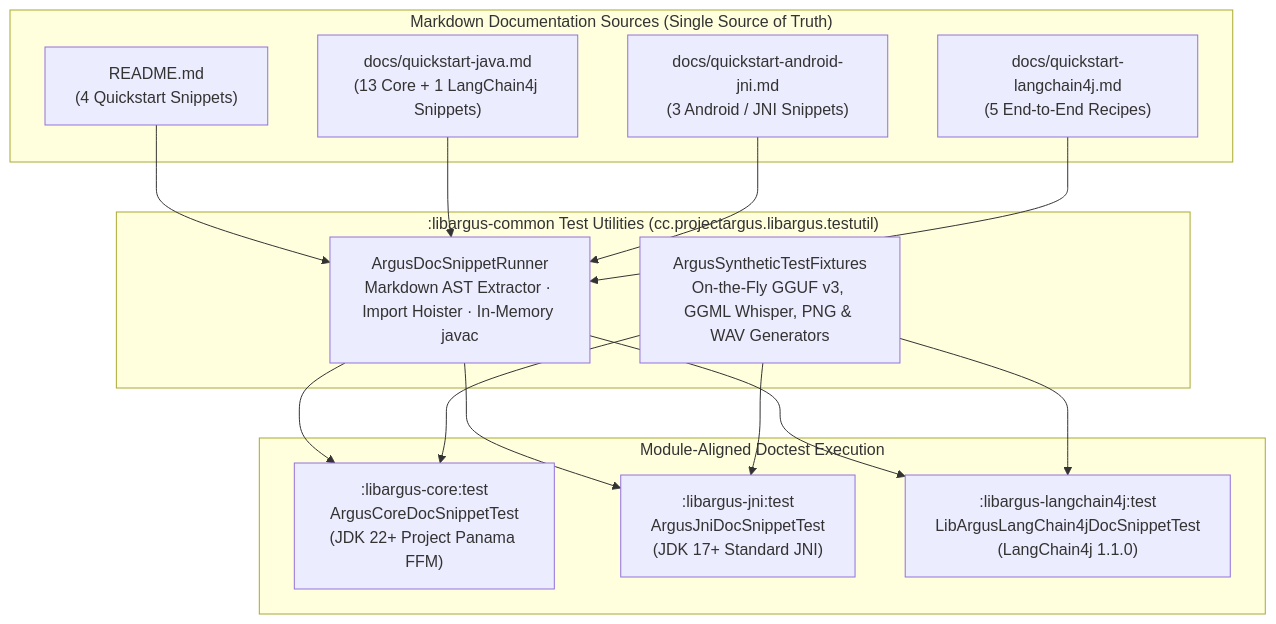
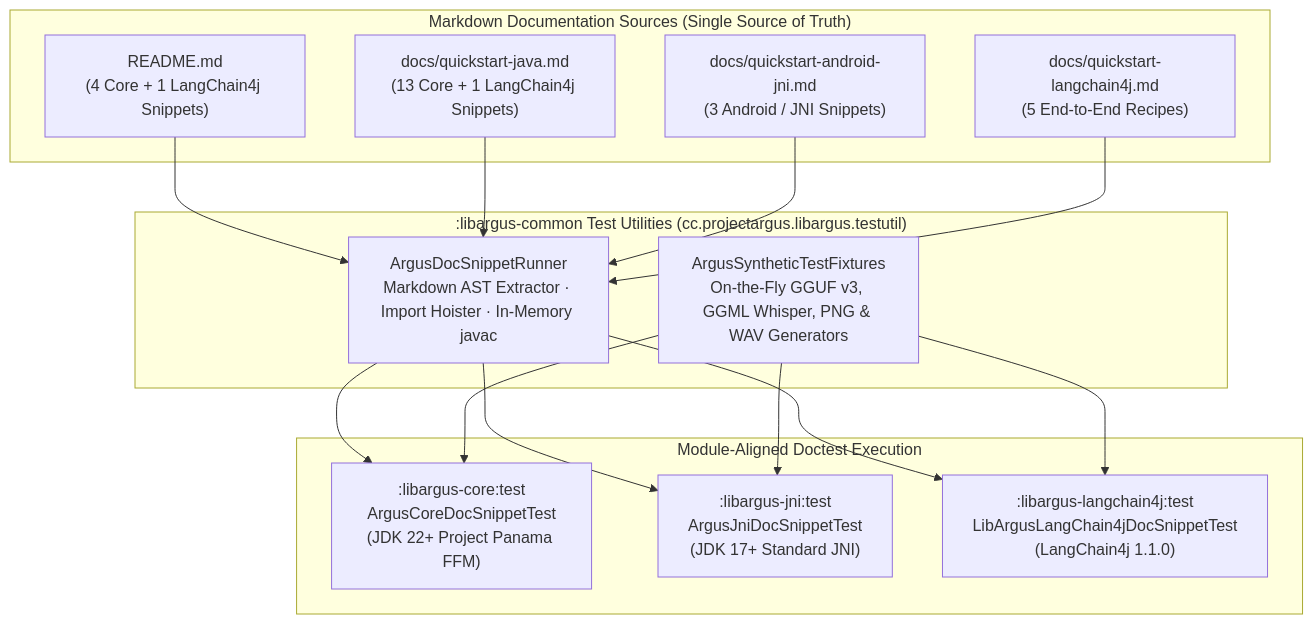
Before and after one commit to ProjectArgus-cc/libargus.cc: the diagram in docs/executable-doctests-and-synthetic-models.md, drawn with Mermaid. The commit also changed other lines of this file and 3 other files, not shown here.

````diff
--- a/docs/executable-doctests-and-synthetic-models.md
+++ b/docs/executable-doctests-and-synthetic-models.md
@@ -25,32 +25,32 @@
 ```mermaid
 flowchart TD
     subgraph DOCS["Markdown Documentation Sources (Single Source of Truth)"]
-        README["README.md<br/>(4 Quickstart Snippets)"]
+        README["README.md<br/>(4 Core + 1 LangChain4j Snippets)"]
         QS_JAVA["docs/quickstart-java.md<br/>(13 Core + 1 LangChain4j Snippets)"]
         QS_AND["docs/quickstart-android-jni.md<br/>(3 Android / JNI Snippets)"]
         QS_LC4J["docs/quickstart-langchain4j.md<br/>(5 End-to-End Recipes)"]
     end
 
     subgraph COMMON_TEST[":libargus-common Test Utilities (cc.projectargus.libargus.testutil)"]
         RUNNER["ArgusDocSnippetRunner<br/>Markdown AST Extractor · Import Hoister · In-Memory javac"]
         SYNTH["ArgusSyntheticTestFixtures<br/>On-the-Fly GGUF v3, GGML Whisper, PNG & WAV Generators"]
     end
 
     subgraph MODULE_SUITES["Module-Aligned Doctest Execution"]
         CORE_TEST[":libargus-core:test<br/>ArgusCoreDocSnippetTest<br/>(JDK 22+ Project Panama FFM)"]
         JNI_TEST[":libargus-jni:test<br/>ArgusJniDocSnippetTest<br/>(JDK 17+ Standard JNI)"]
         LC4J_TEST[":libargus-langchain4j:test<br/>LibArgusLangChain4jDocSnippetTest<br/>(LangChain4j 1.1.0)"]
     end
 
     README --> RUNNER
     QS_JAVA --> RUNNER
     QS_AND --> RUNNER
     QS_LC4J --> RUNNER
 
     RUNNER --> CORE_TEST
     SYNTH --> CORE_TEST
     RUNNER --> JNI_TEST
     SYNTH --> JNI_TEST
     RUNNER --> LC4J_TEST
     SYNTH --> LC4J_TEST
 ```
````
